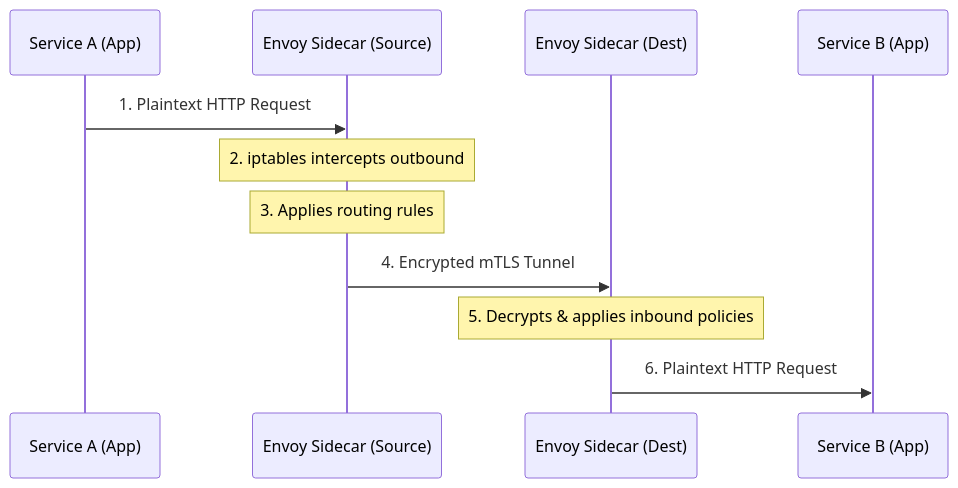
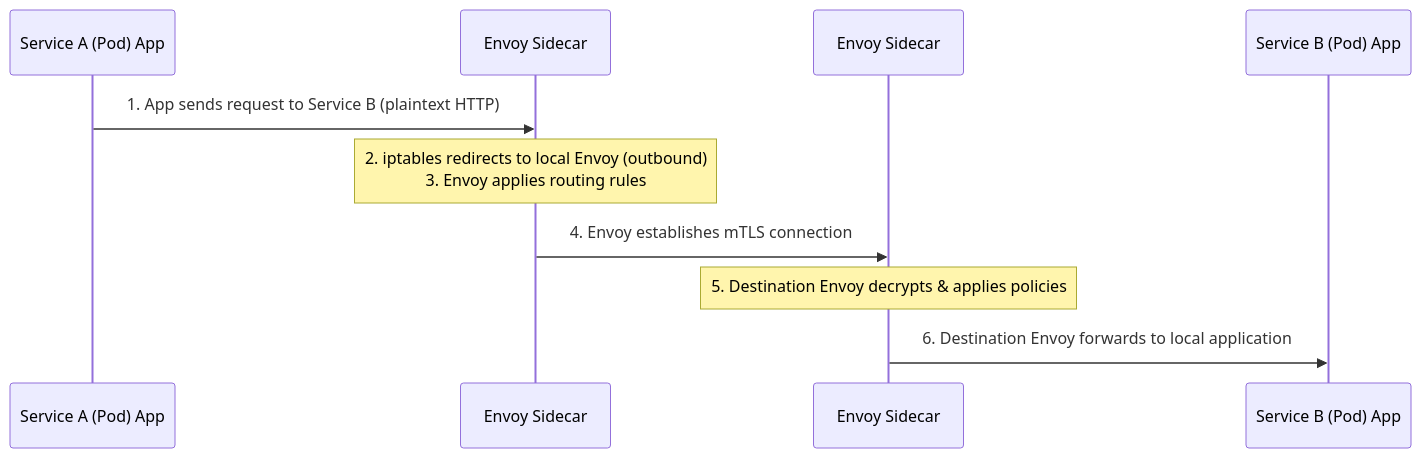
Before and after one commit to krisztiankoos/kubedojo: the seventh of 8 diagrams in src/content/docs/k8s/ica/module-1.1-istio-installation-architecture.md, drawn with Mermaid. The commit also changed other lines of this file, not shown here.

Commit message:
chore(content): write-only draft [k8s/ica/module-1.1-istio-installation-architecture]

````diff
--- a/src/content/docs/k8s/ica/module-1.1-istio-installation-architecture.md
+++ b/src/content/docs/k8s/ica/module-1.1-istio-installation-architecture.md
@@ -162,14 +772,13 @@
 ```mermaid
 sequenceDiagram
-    participant AppA as Service A (App)
-    participant EnvoyA as Envoy Sidecar (Source)
-    participant EnvoyB as Envoy Sidecar (Dest)
-    participant AppB as Service B (App)
-    
-    AppA->>EnvoyA: 1. Plaintext HTTP Request
-    Note over EnvoyA: 2. iptables intercepts outbound
-    Note over EnvoyA: 3. Applies routing rules
-    EnvoyA->>EnvoyB: 4. Encrypted mTLS Tunnel
-    Note over EnvoyB: 5. Decrypts & applies inbound policies
-    EnvoyB->>AppB: 6. Plaintext HTTP Request
+    participant AppA as Service A (Pod) App
+    participant EnvoyA as Envoy Sidecar
+    participant EnvoyB as Envoy Sidecar
+    participant AppB as Service B (Pod) App
+
+    AppA->>EnvoyA: 1. App sends request to Service B (plaintext HTTP)
+    Note over EnvoyA: 2. iptables redirects to local Envoy (outbound)<br/>3. Envoy applies routing rules
+    EnvoyA->>EnvoyB: 4. Envoy establishes mTLS connection
+    Note over EnvoyB: 5. Destination Envoy decrypts & applies policies
+    EnvoyB->>AppB: 6. Destination Envoy forwards to local application
 ```
````
